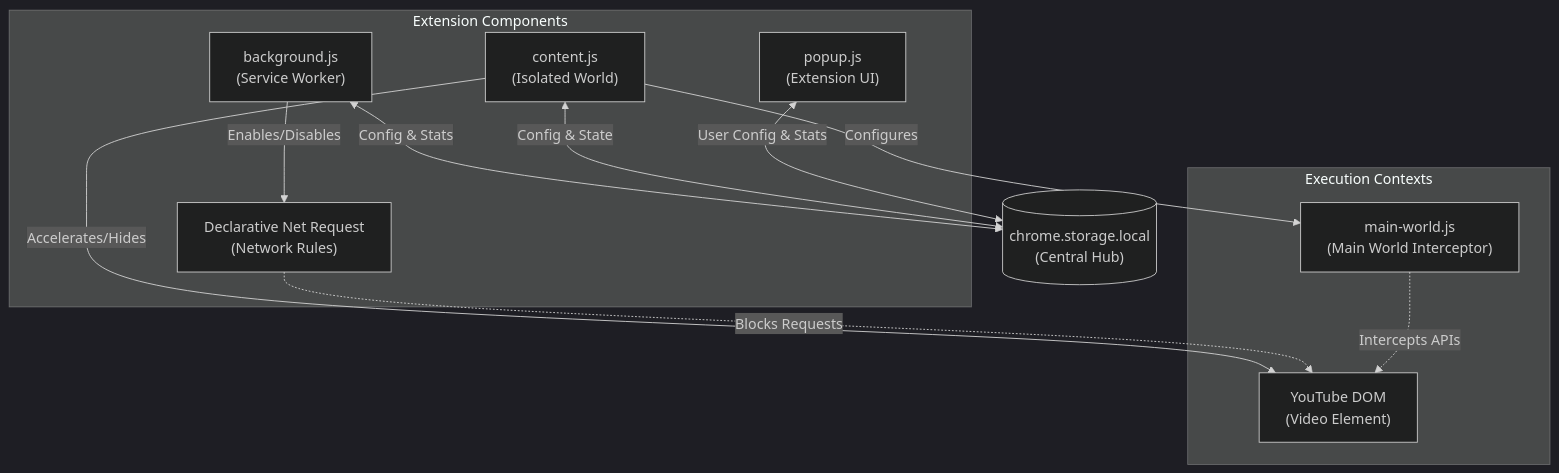
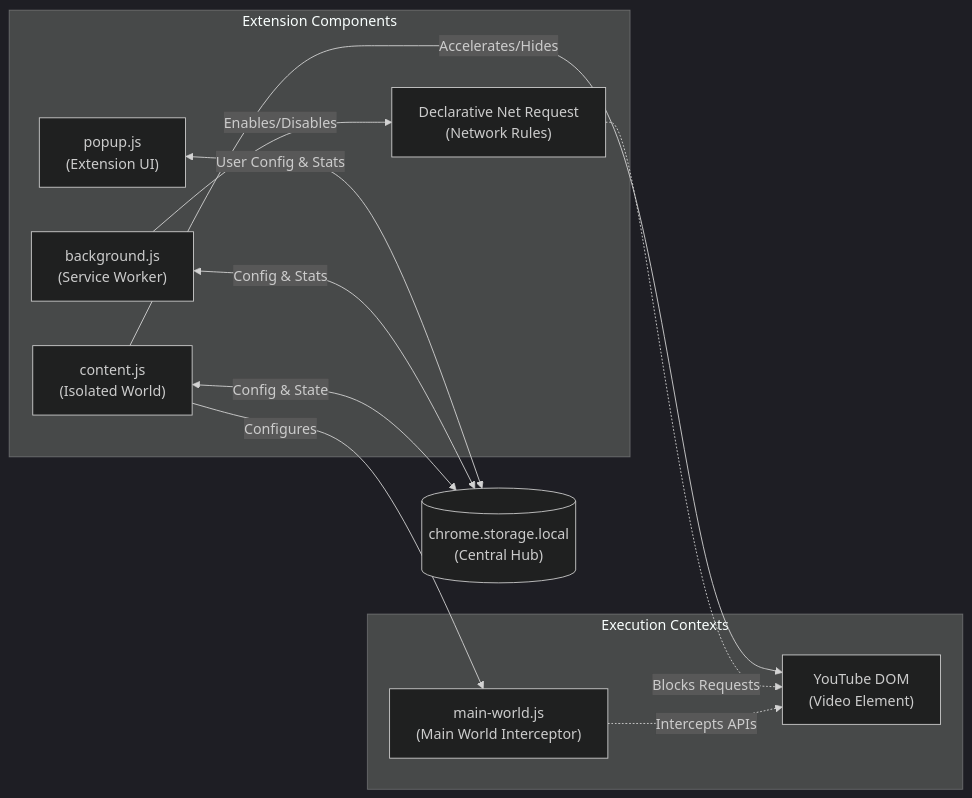
Before and after one commit to Dabrogost/Chroma-Ad-Blocker: the diagram in README.md, drawn with Mermaid (dark theme).

````diff
--- a/README.md
+++ b/README.md
@@ -19,28 +19,29 @@
 ```mermaid
-graph TD
-    STORAGE[("chrome.storage.local<br/>(Central Hub)")]
-
+graph LR
     subgraph "Extension Components"
+        POP["popup.js<br/>(Extension UI)"]
         BS["background.js<br/>(Service Worker)"]
         CS["content.js<br/>(Isolated World)"]
-        POP["popup.js<br/>(Extension UI)"]
         DNR["Declarative Net Request<br/>(Network Rules)"]
     end
 
+    STORAGE[("chrome.storage.local<br/>(Central Hub)")]
+
     subgraph "Execution Contexts"
+        MW["main-world.js<br/>(Main World Interceptor)"]
         DOM["YouTube DOM<br/>(Video Element)"]
-        MW["main-world.js<br/>(Main World Interceptor)"]
     end
 
     %% Storage Interactions
-    BS <-->|Config & Stats| STORAGE
-    CS <-->|Config & State| STORAGE
-    POP <-->|User Config & Stats| STORAGE
+    POP <-->|"User Config & Stats"| STORAGE
+    BS <-->|"Config & Stats"| STORAGE
+    CS <-->|"Config & State"| STORAGE
 
     %% Logic & Control Flow
     BS -- "Enables/Disables" --> DNR
+    CS -- "Configures" --> MW
     CS -- "Accelerates/Hides" --> DOM
-    CS -- "Configures" --> MW
+    
     DNR -.->|"Blocks Requests"| DOM
     MW -.->|"Intercepts APIs"| DOM
 ```
````
